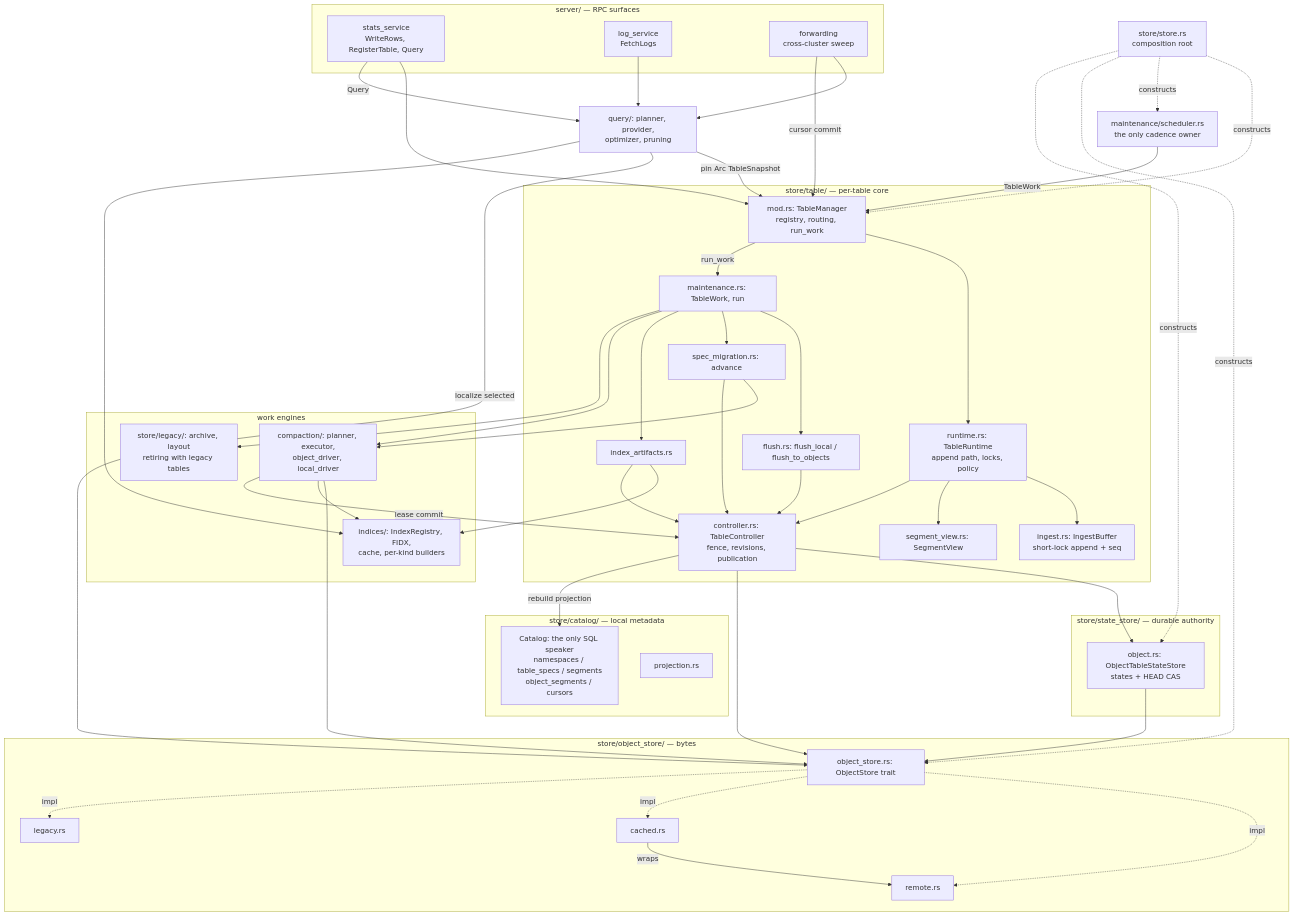
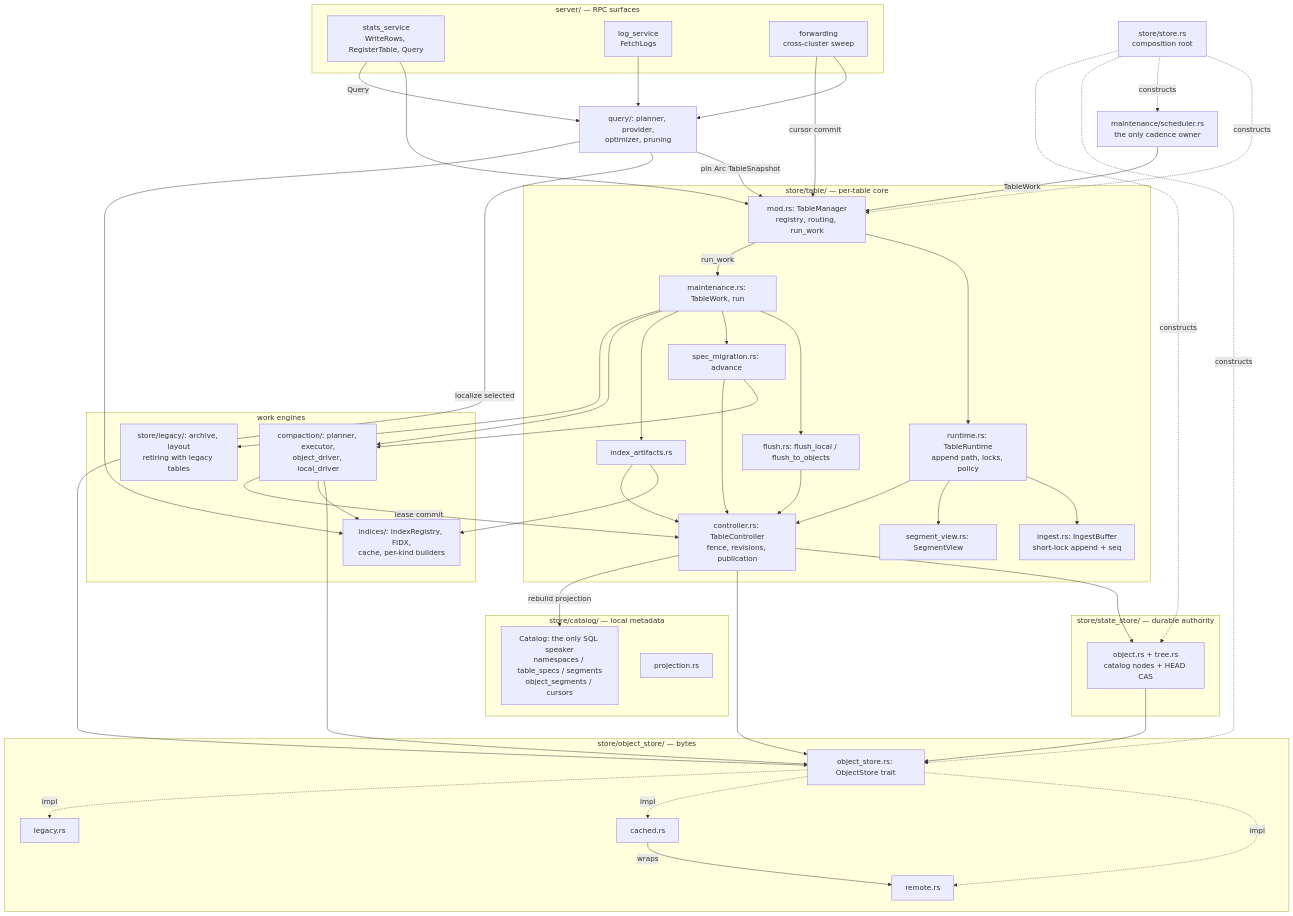
The first of 6 diagrams in lib/finelog/ARCHITECTURE.md (marin-community/marin), drawn with Mermaid before and after one commit. The commit also changed other lines of this file and 53 other files, not shown here.

```diff
--- a/lib/finelog/ARCHITECTURE.md
+++ b/lib/finelog/ARCHITECTURE.md
@@ -30,7 +30,7 @@
     end
 
     subgraph durable["store/state_store/ — durable authority"]
-        OSS[object.rs: ObjectTableStateStore<br/>states + HEAD CAS]
+        OSS[object.rs + tree.rs<br/>catalog nodes + HEAD CAS]
     end
 
     subgraph objects["store/object_store/ — bytes"]
```
